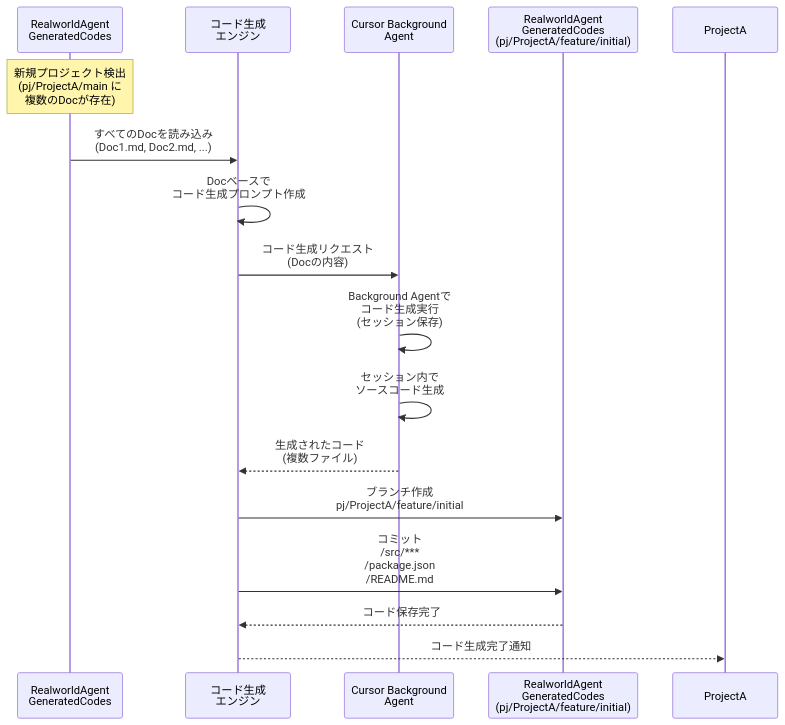
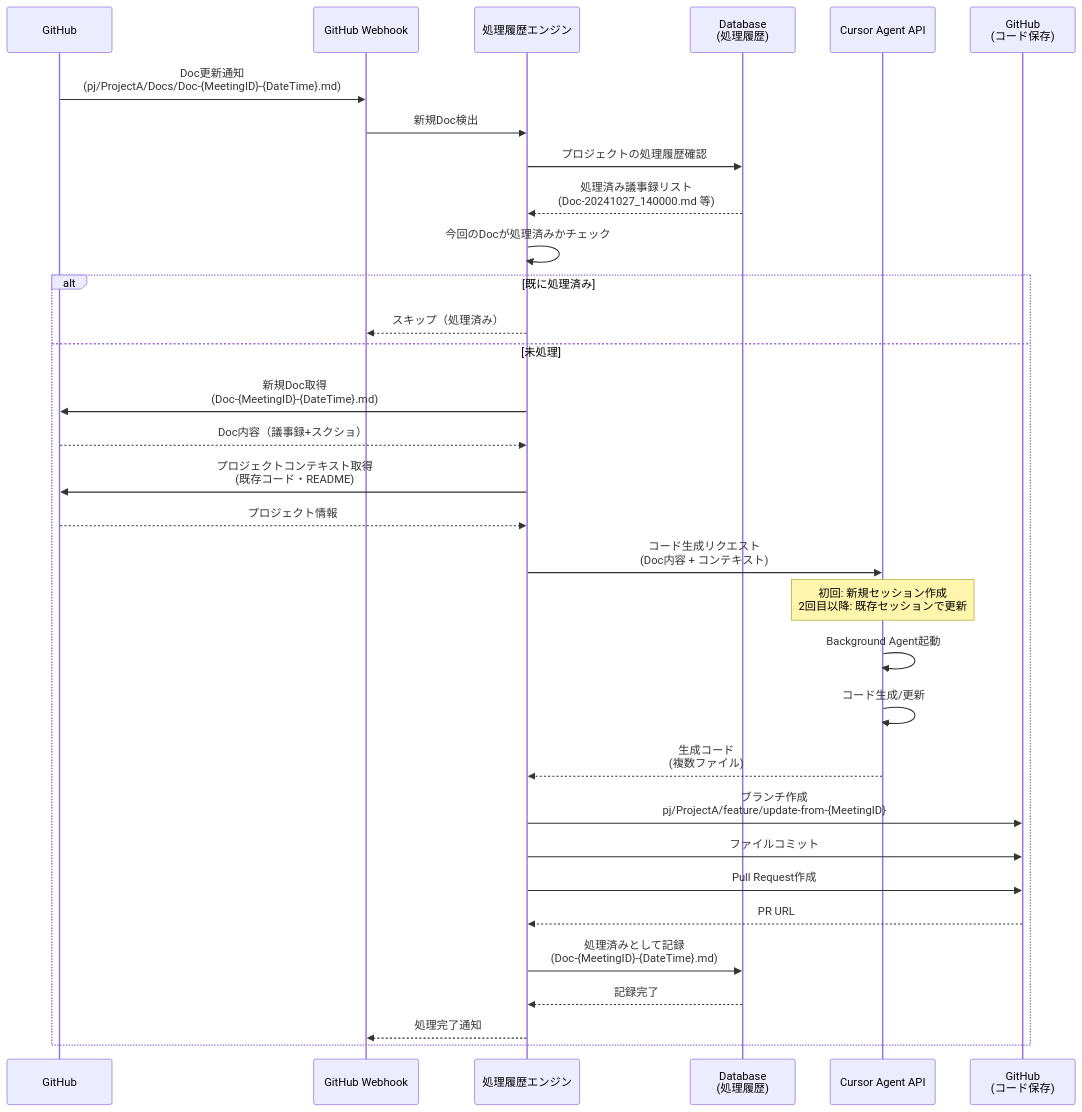
The fifth of 10 diagrams in docs/RealworldAgent_Diagrams.md (supertask/MentraAgent), drawn with Mermaid before and after one commit. The commit also changed other lines of this file and 32 other files, not shown here.

````diff
--- a/docs/RealworldAgent_Diagrams.md
+++ b/docs/RealworldAgent_Diagrams.md
@@ -29,24 +363,43 @@
 ```mermaid
 sequenceDiagram
-    participant RWARepo as RealworldAgent<br/>GeneratedCodes
-    participant CodeGenerator as コード生成<br/>エンジン
-    participant CursorBgAgent as Cursor Background<br/>Agent
-    participant FeatureBranch as RealworldAgent<br/>GeneratedCodes<br/>(pj/ProjectA/feature/initial)
-
-    Note over RWARepo: 新規プロジェクト検出<br/>(pj/ProjectA/main に<br/>複数のDocが存在)
-
-    RWARepo->>CodeGenerator: すべてのDocを読み込み<br/>(Doc1.md, Doc2.md, ...)
-    CodeGenerator->>CodeGenerator: Docベースで<br/>コード生成プロンプト作成
-
-    CodeGenerator->>CursorBgAgent: コード生成リクエスト<br/>(Docの内容)
-    CursorBgAgent->>CursorBgAgent: Background Agentで<br/>コード生成実行<br/>(セッション保存)
-
-    CursorBgAgent->>CursorBgAgent: セッション内で<br/>ソースコード生成
-    CursorBgAgent-->>CodeGenerator: 生成されたコード<br/>(複数ファイル)
-
-    CodeGenerator->>FeatureBranch: ブランチ作成<br/>pj/ProjectA/feature/initial
-    CodeGenerator->>FeatureBranch: コミット<br/>/src/***<br/>/package.json<br/>/README.md
-
-    FeatureBranch-->>CodeGenerator: コード保存完了
-    CodeGenerator-->>ProjectA: コード生成完了通知
+    participant GitHub as GitHub
+    participant Webhook as GitHub Webhook
+    participant ProcessingEngine as 処理履歴エンジン
+    participant DB as Database<br/>(処理履歴)
+    participant CursorAPI as Cursor Agent API
+    participant GitHubCode as GitHub<br/>(コード保存)
+    
+    GitHub->>Webhook: Doc更新通知<br/>(pj/ProjectA/Docs/Doc-{MeetingID}-{DateTime}.md)
+    Webhook->>ProcessingEngine: 新規Doc検出
+    
+    ProcessingEngine->>DB: プロジェクトの処理履歴確認
+    DB-->>ProcessingEngine: 処理済み議事録リスト<br/>(Doc-20241027_140000.md 等)
+    
+    ProcessingEngine->>ProcessingEngine: 今回のDocが処理済みかチェック
+    
+    alt 既に処理済み
+        ProcessingEngine-->>Webhook: スキップ（処理済み）
+    else 未処理
+        ProcessingEngine->>GitHub: 新規Doc取得<br/>(Doc-{MeetingID}-{DateTime}.md)
+        GitHub-->>ProcessingEngine: Doc内容（議事録+スクショ）
+        
+        ProcessingEngine->>GitHub: プロジェクトコンテキスト取得<br/>(既存コード・README)
+        GitHub-->>ProcessingEngine: プロジェクト情報
+        
+        ProcessingEngine->>CursorAPI: コード生成リクエスト<br/>(Doc内容 + コンテキスト)
+        Note over CursorAPI: 初回: 新規セッション作成<br/>2回目以降: 既存セッションで更新
+        CursorAPI->>CursorAPI: Background Agent起動
+        CursorAPI->>CursorAPI: コード生成/更新
+        CursorAPI-->>ProcessingEngine: 生成コード<br/>(複数ファイル)
+        
+        ProcessingEngine->>GitHubCode: ブランチ作成<br/>pj/ProjectA/feature/update-from-{MeetingID}
+        ProcessingEngine->>GitHubCode: ファイルコミット
+        ProcessingEngine->>GitHubCode: Pull Request作成
+        GitHubCode-->>ProcessingEngine: PR URL
+        
+        ProcessingEngine->>DB: 処理済みとして記録<br/>(Doc-{MeetingID}-{DateTime}.md)
+        DB-->>ProcessingEngine: 記録完了
+        
+        ProcessingEngine-->>Webhook: 処理完了通知
+    end
 ```
````
